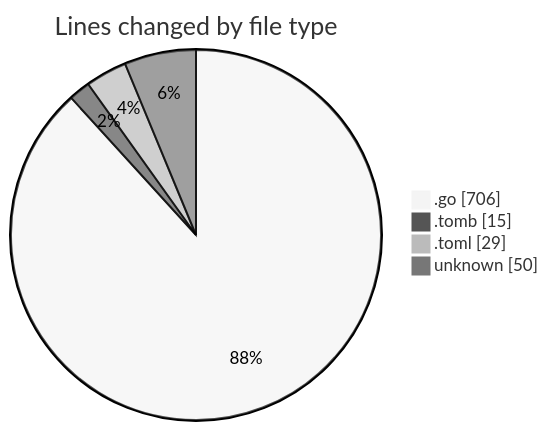
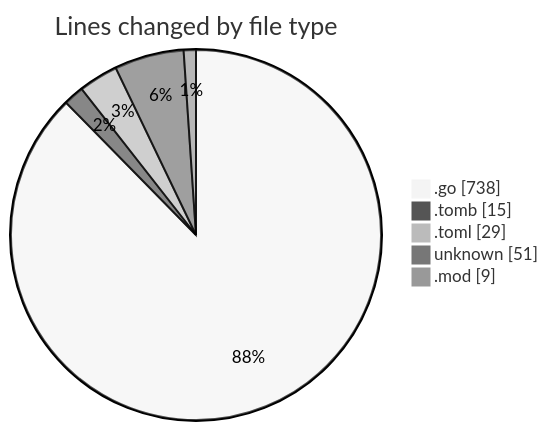
One commit to Ritupan-Deka/code-tracking changed the first of 2 diagrams in 2025-10-31/backend/README.md. Above: the diagram before and after it, drawn with Mermaid (neutral theme). The commit also changed other lines of this file and 1 other file, not shown here.

````diff
--- a/2025-10-31/backend/README.md
+++ b/2025-10-31/backend/README.md
@@ -28,8 +29,9 @@
 ```mermaid
 pie showData
 title Lines changed by file type
-".go" : 706
+".go" : 738
 ".tomb" : 15
 ".toml" : 29
-"unknown" : 50
+"unknown" : 51
+".mod" : 9
 ```
````
